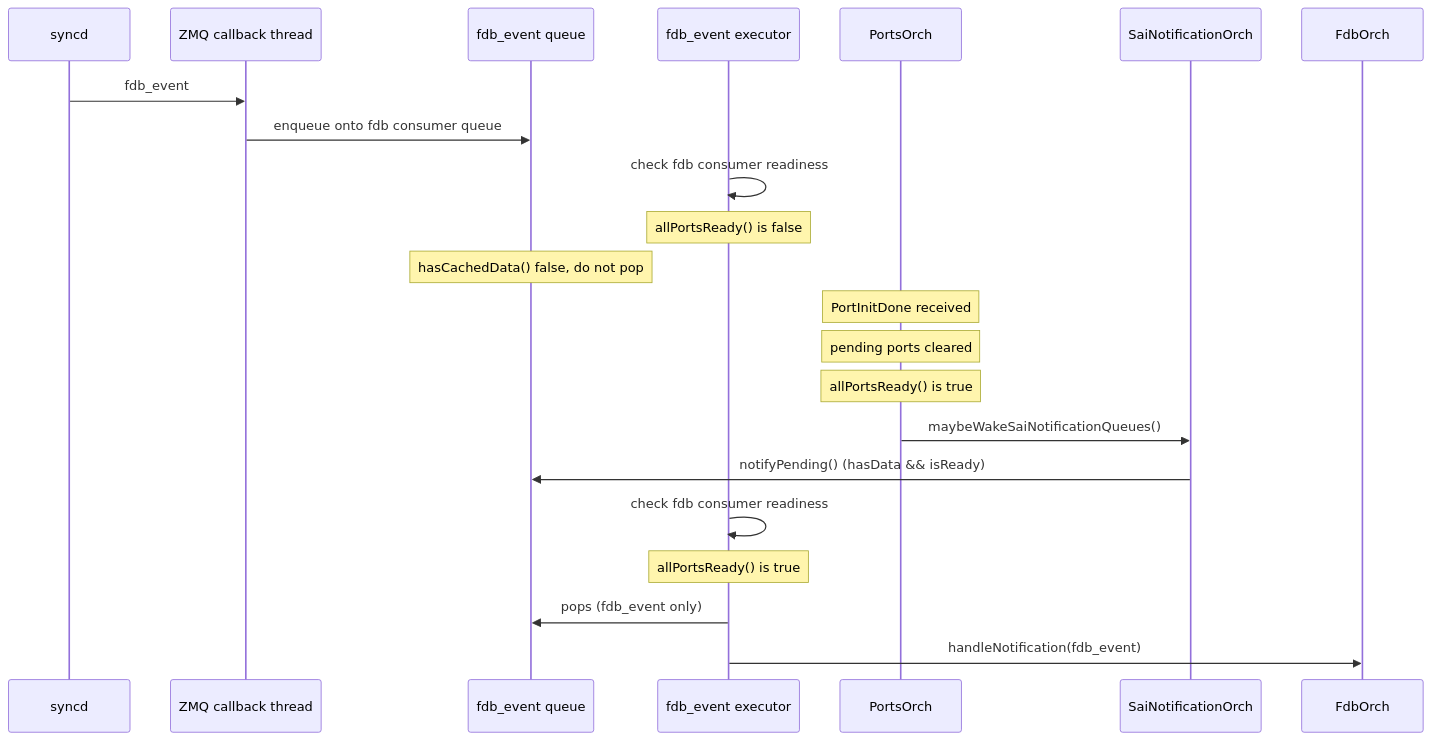
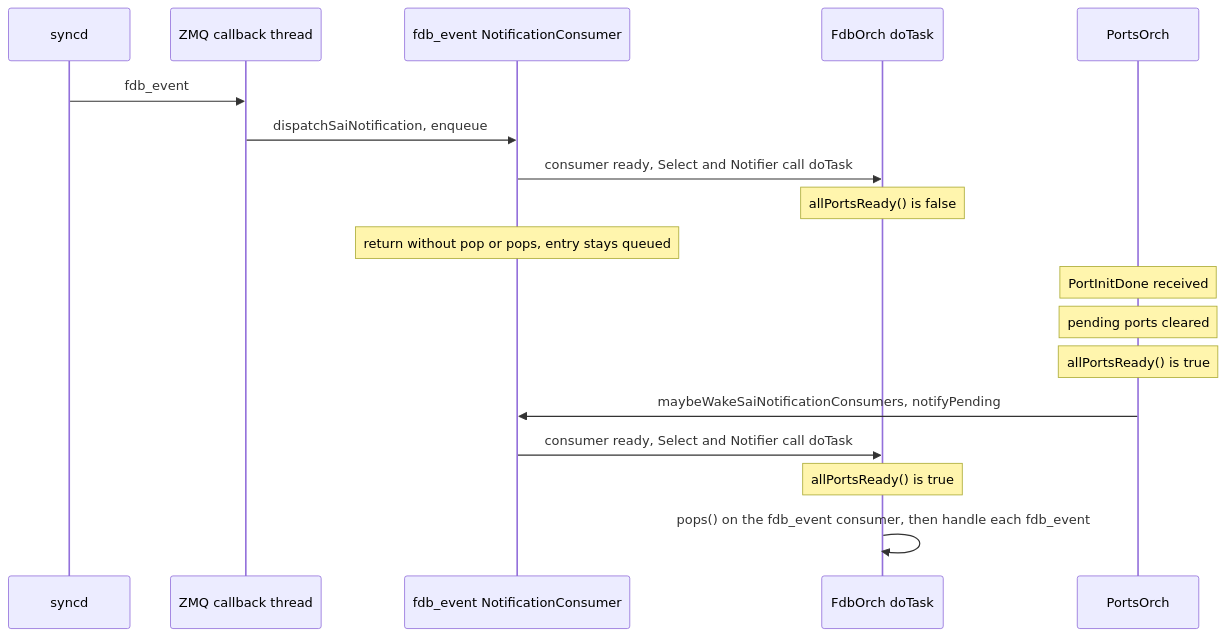
The ninth of 10 diagrams in hld/zmq-southbound-sai-notification-handling.md (sonic-net/sonic-buildimage), drawn with Mermaid before and after one commit. The commit also changed other lines of this file, not shown here.

First line of the commit message:
Update Option 3 HLD to use in-process NotificationConsumer

````diff
--- a/hld/zmq-southbound-sai-notification-handling.md
+++ b/hld/zmq-southbound-sai-notification-handling.md
@@ -1118,27 +767,23 @@
 ```mermaid
 sequenceDiagram
     participant syncd
     participant Callback as ZMQ callback thread
-    participant FdbQueue as fdb_event queue
-    participant FdbExec as fdb_event executor
+    participant FdbConsumer as fdb_event NotificationConsumer
+    participant FdbOrch as FdbOrch doTask
     participant PortsOrch
-    participant SaiNotifOrch as SaiNotificationOrch
-    participant FdbOrch
 
     syncd->>Callback: fdb_event
-    Callback->>FdbQueue: enqueue onto fdb consumer queue
-    FdbExec->>FdbExec: check fdb consumer readiness
-    Note over FdbExec: allPortsReady() is false
-    Note over FdbQueue: hasCachedData() false, do not pop
+    Callback->>FdbConsumer: dispatchSaiNotification, enqueue
+    FdbConsumer->>FdbOrch: consumer ready, Select and Notifier call doTask
+    Note over FdbOrch: allPortsReady() is false
+    Note over FdbConsumer: return without pop or pops, entry stays queued
 
     Note over PortsOrch: PortInitDone received
     Note over PortsOrch: pending ports cleared
     Note over PortsOrch: allPortsReady() is true
-    PortsOrch->>SaiNotifOrch: maybeWakeSaiNotificationQueues()
-    SaiNotifOrch->>FdbQueue: notifyPending() (hasData && isReady)
+    PortsOrch->>FdbConsumer: maybeWakeSaiNotificationConsumers, notifyPending
 
-    FdbExec->>FdbExec: check fdb consumer readiness
-    Note over FdbExec: allPortsReady() is true
-    FdbExec->>FdbQueue: pops (fdb_event only)
-    FdbExec->>FdbOrch: handleNotification(fdb_event)
+    FdbConsumer->>FdbOrch: consumer ready, Select and Notifier call doTask
+    Note over FdbOrch: allPortsReady() is true
+    FdbOrch->>FdbOrch: pops() on the fdb_event consumer, then handle each fdb_event
 ```
````
